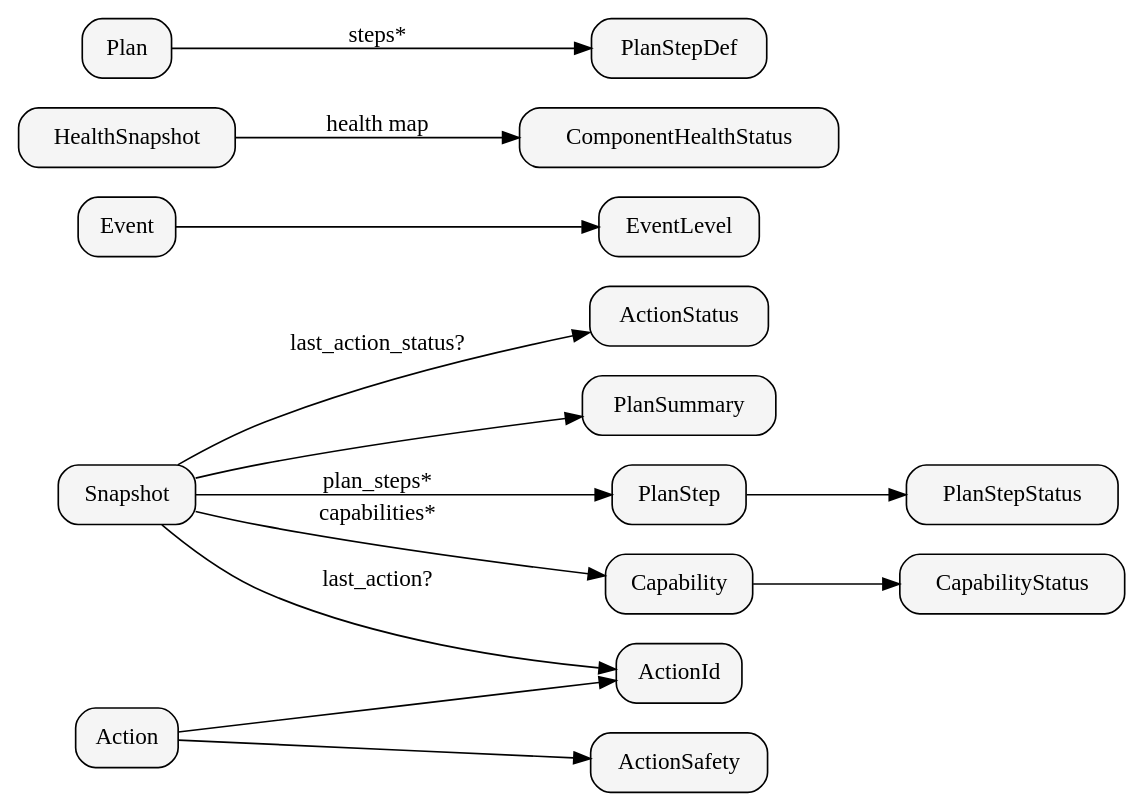
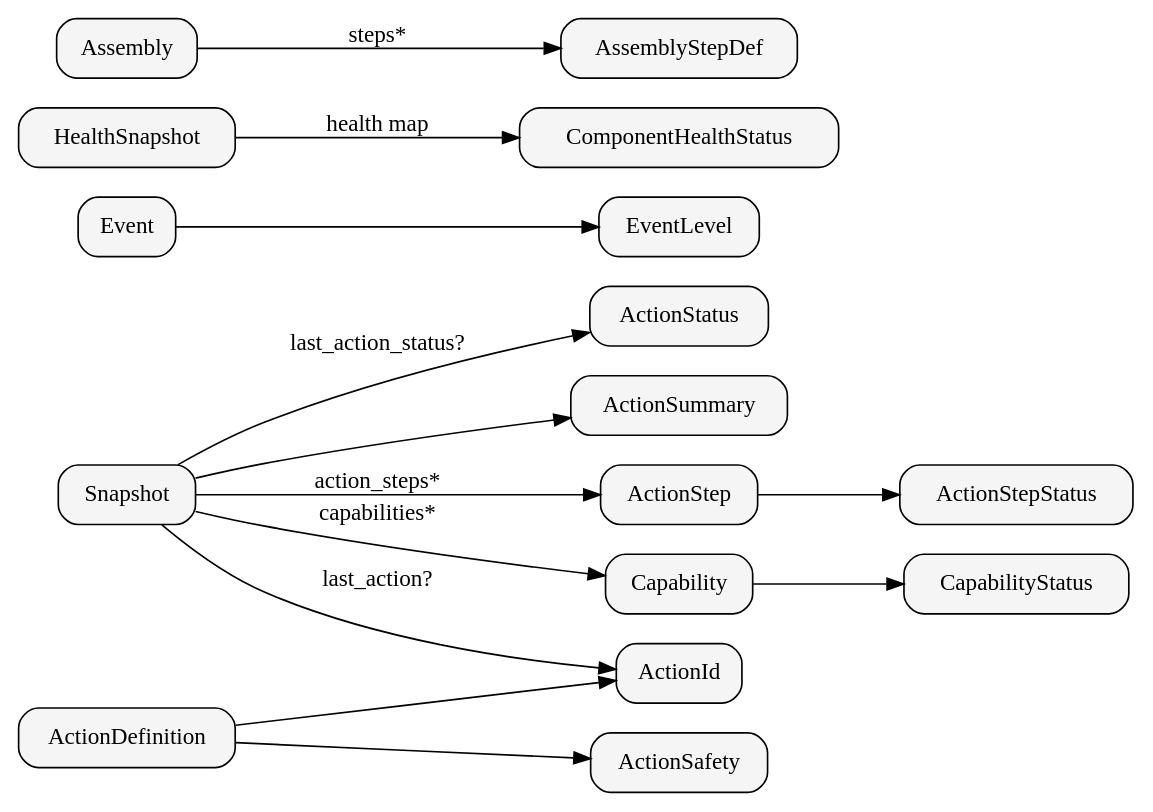
The diagram in docs/book/architecture/data-models.md (obaven/rotappo), drawn with Graphviz before and after one commit. The commit also changed other lines of this file and 161 other files, not shown here.

Commit message:
refactor: rename plan to assembly

````diff
--- a/docs/book/architecture/data-models.md
+++ b/docs/book/architecture/data-models.md
@@ -8,24 +8,24 @@
 ```dot process
 digraph DomainModel {
   rankdir=LR;
   node [shape=box, style="rounded,filled", fillcolor="#f5f5f5"];
 
-  Snapshot -> PlanSummary;
-  Snapshot -> PlanStep [label="plan_steps*"];
+  Snapshot -> ActionSummary;
+  Snapshot -> ActionStep [label="action_steps*"];
   Snapshot -> Capability [label="capabilities*"];
   Snapshot -> ActionId [label="last_action?"];
   Snapshot -> ActionStatus [label="last_action_status?"];
 
-  PlanStep -> PlanStepStatus;
+  ActionStep -> ActionStepStatus;
   Capability -> CapabilityStatus;
 
-  Action -> ActionId;
-  Action -> ActionSafety;
+  ActionDefinition -> ActionId;
+  ActionDefinition -> ActionSafety;
 
   Event -> EventLevel;
 
   HealthSnapshot -> ComponentHealthStatus [label="health map"];
 
-  Plan -> PlanStepDef [label="steps*"];
+  Assembly -> AssemblyStepDef [label="steps*"];
 }
 ```
````
